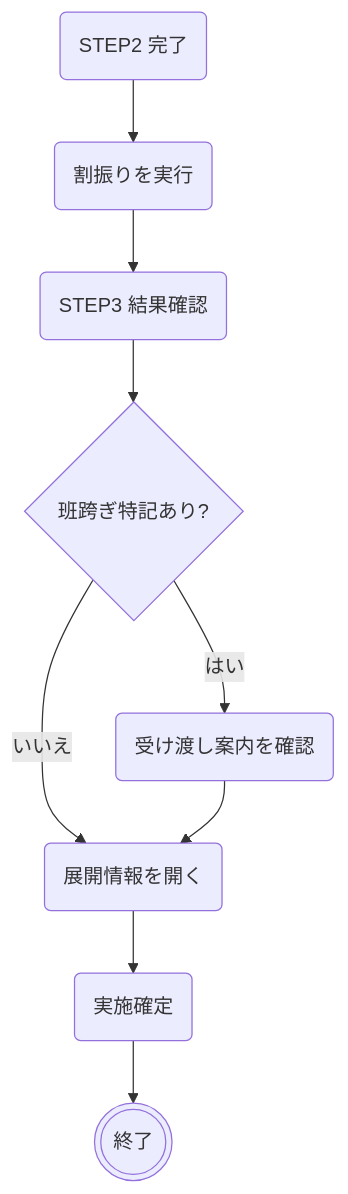
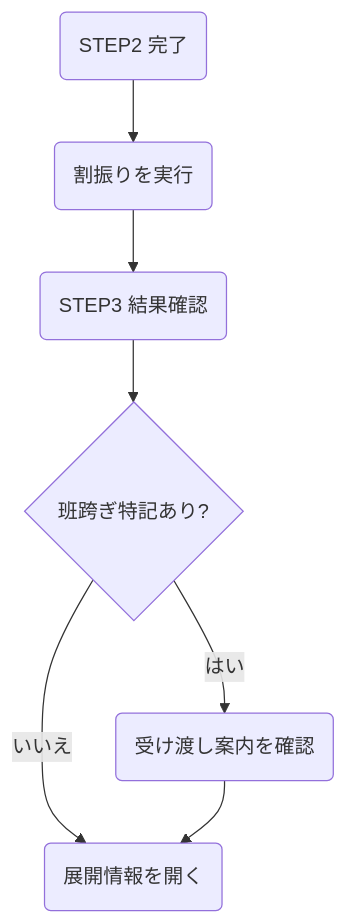
Before and after one commit to tcb15-admin/tcb-tools: the eighth of 16 diagrams in boys15/docs/TCB-MAN-001_道具割り振りツール_操作マニュアル_v1.5.md, drawn with Mermaid. The commit also changed other lines of this file and 3 other files, not shown here.

First line of the commit message:
fix: 15期マニュアルv1.12でフロー図のPDF途中切れを防止

````diff
--- a/boys15/docs/TCB-MAN-001_道具割り振りツール_操作マニュアル_v1.5.md
+++ b/boys15/docs/TCB-MAN-001_道具割り振りツール_操作マニュアル_v1.5.md
@@ -222,11 +245,9 @@
 ```mermaid
 flowchart TD
-    S2D(STEP2 完了) --> RUN(割振りを実行)
+    S2B(STEP2 完了) --> RUN(割振りを実行)
     RUN --> S3(STEP3 結果確認)
     S3 --> X{班跨ぎ特記あり?}
     X -->|はい| READ(受け渡し案内を確認)
-    X -->|いいえ| SH
-    READ --> SH(展開情報を開く)
-    SH --> CF(実施確定)
-    CF --> E(((終了)))
+    X -->|いいえ| SH(展開情報を開く)
+    READ --> SH
 ```
````
